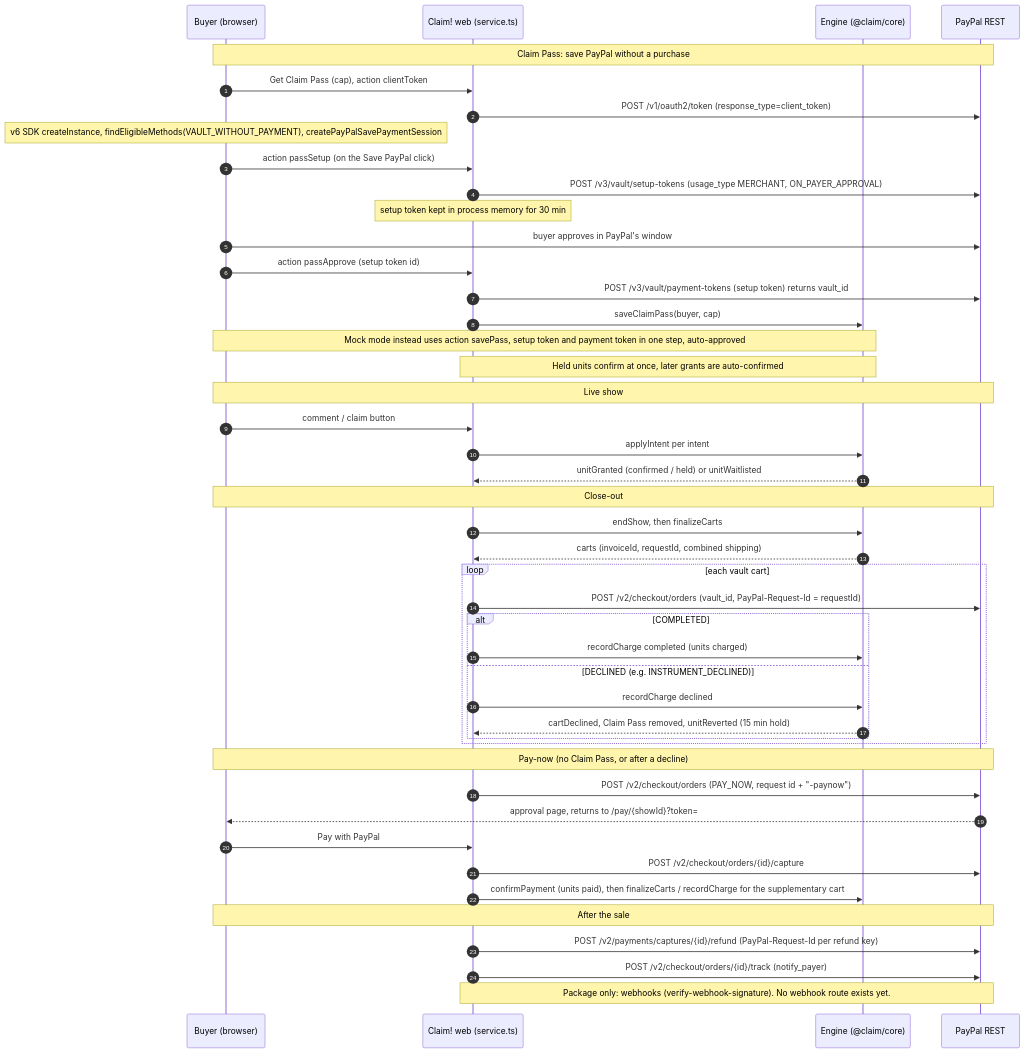
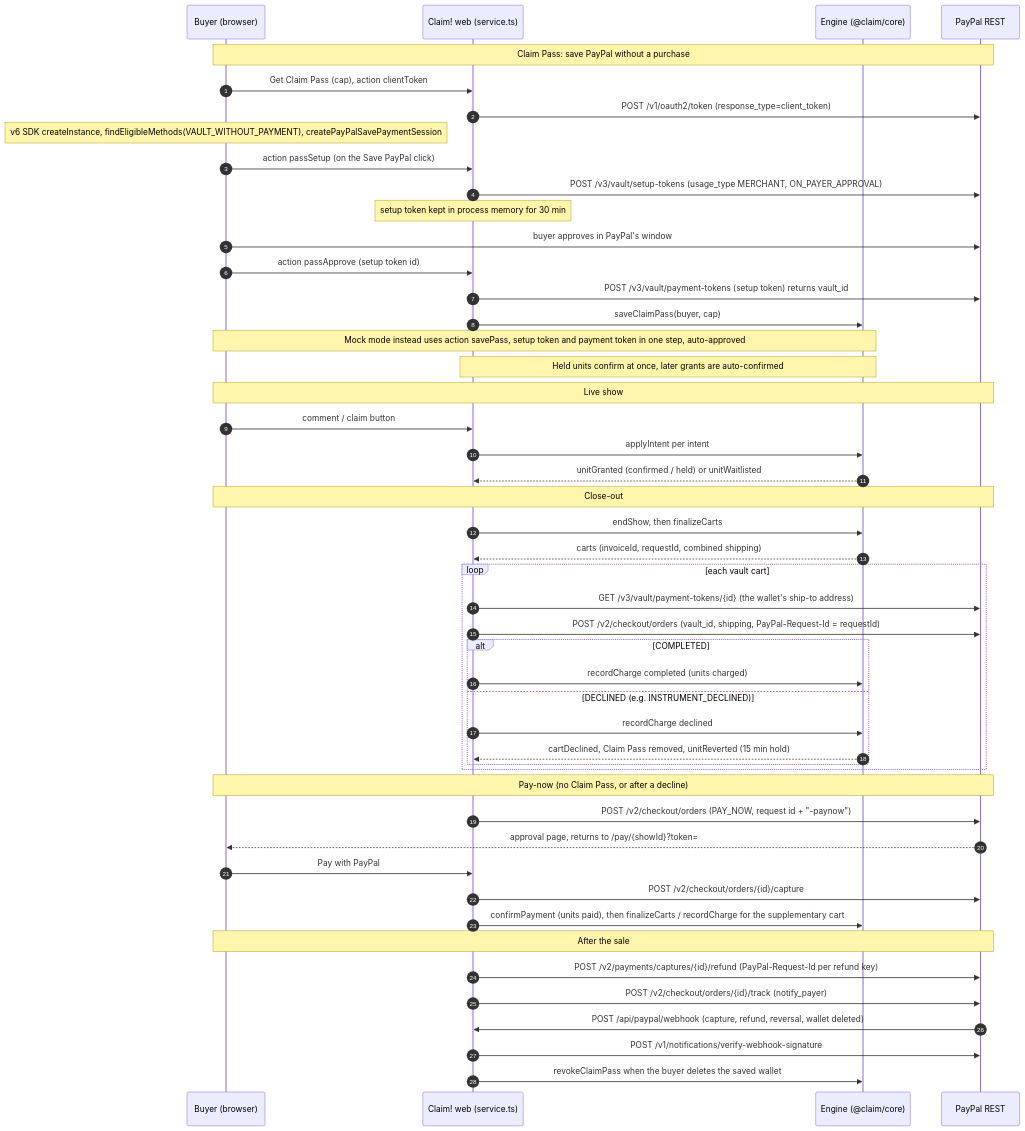
The fifth of 5 diagrams in docs/ARCHITECTURE.md (pratham7711/claim), drawn with Mermaid before and after one commit. The commit also changed other lines of this file and 29 other files, not shown here.

````diff
--- a/docs/ARCHITECTURE.md
+++ b/docs/ARCHITECTURE.md
@@ -240,52 +240,55 @@
 ```mermaid
 sequenceDiagram
   autonumber
   participant B as Buyer (browser)
   participant W as Claim! web (service.ts)
   participant E as Engine (@claim/core)
   participant P as PayPal REST
 
   Note over B,P: Claim Pass: save PayPal without a purchase
   B->>W: Get Claim Pass (cap), action clientToken
   W->>P: POST /v1/oauth2/token (response_type=client_token)
   Note over B: v6 SDK createInstance, findEligibleMethods(VAULT_WITHOUT_PAYMENT), createPayPalSavePaymentSession
   B->>W: action passSetup (on the Save PayPal click)
   W->>P: POST /v3/vault/setup-tokens (usage_type MERCHANT, ON_PAYER_APPROVAL)
   Note over W: setup token kept in process memory for 30 min
   B->>P: buyer approves in PayPal's window
   B->>W: action passApprove (setup token id)
   W->>P: POST /v3/vault/payment-tokens (setup token) returns vault_id
   W->>E: saveClaimPass(buyer, cap)
   Note over B,E: Mock mode instead uses action savePass, setup token and payment token in one step, auto-approved
   Note over W,E: Held units confirm at once, later grants are auto-confirmed
 
   Note over B,P: Live show
   B->>W: comment / claim button
   W->>E: applyIntent per intent
   E-->>W: unitGranted (confirmed / held) or unitWaitlisted
 
   Note over B,P: Close-out
   W->>E: endShow, then finalizeCarts
   E-->>W: carts (invoiceId, requestId, combined shipping)
   loop each vault cart
-    W->>P: POST /v2/checkout/orders (vault_id, PayPal-Request-Id = requestId)
+    W->>P: GET /v3/vault/payment-tokens/{id} (the wallet's ship-to address)
+    W->>P: POST /v2/checkout/orders (vault_id, shipping, PayPal-Request-Id = requestId)
     alt COMPLETED
       W->>E: recordCharge completed (units charged)
     else DECLINED (e.g. INSTRUMENT_DECLINED)
       W->>E: recordCharge declined
       E-->>W: cartDeclined, Claim Pass removed, unitReverted (15 min hold)
     end
   end
 
   Note over B,P: Pay-now (no Claim Pass, or after a decline)
   W->>P: POST /v2/checkout/orders (PAY_NOW, request id + "-paynow")
   P-->>B: approval page, returns to /pay/{showId}?token=
   B->>W: Pay with PayPal
   W->>P: POST /v2/checkout/orders/{id}/capture
   W->>E: confirmPayment (units paid), then finalizeCarts / recordCharge for the supplementary cart
 
   Note over B,P: After the sale
   W->>P: POST /v2/payments/captures/{id}/refund (PayPal-Request-Id per refund key)
   W->>P: POST /v2/checkout/orders/{id}/track (notify_payer)
-  Note over P,W: Package only: webhooks (verify-webhook-signature). No webhook route exists yet.
+  P->>W: POST /api/paypal/webhook (capture, refund, reversal, wallet deleted)
+  W->>P: POST /v1/notifications/verify-webhook-signature
+  W->>E: revokeClaimPass when the buyer deletes the saved wallet
 ```
````
